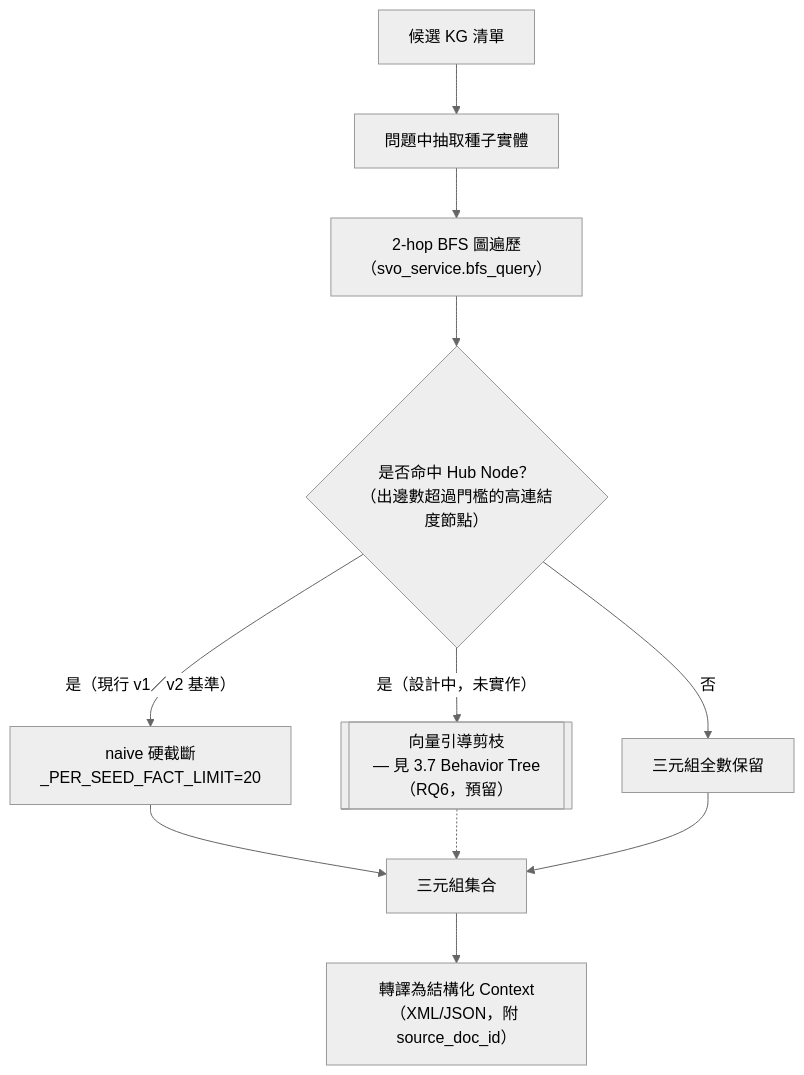
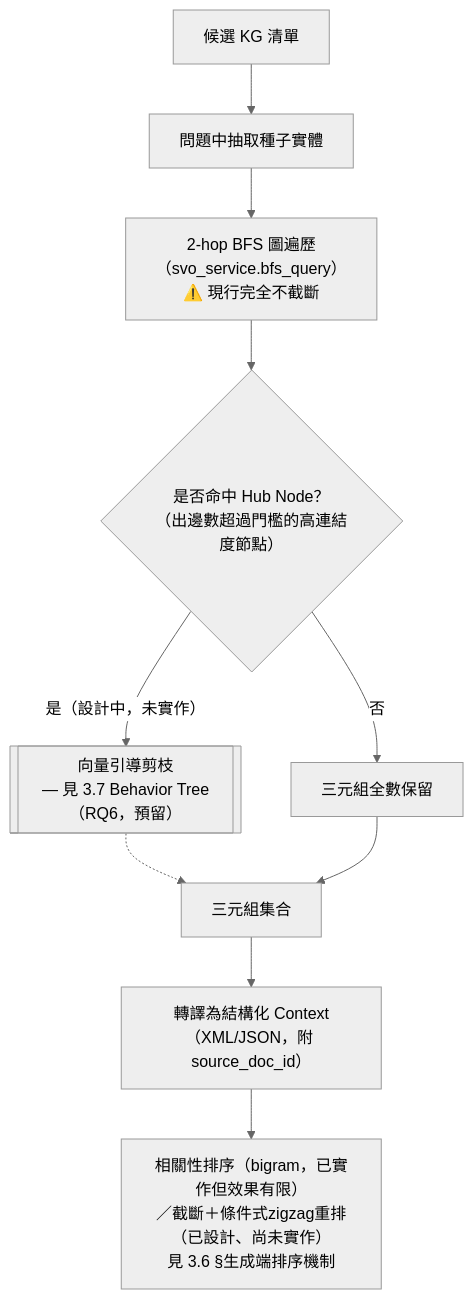
Before and after one commit to Chester930/world-knowledge-graph-rag: diagram 12 of 18 in docs/論文/03_系統設計與方法論.md, drawn with Mermaid (neutral theme). The commit also changed other lines of this file and 3 other files, not shown here.

First line of the commit message:
docs: 修正跨4份文件的一致性錯誤——_PER_SEED_FACT_LIMIT從未存在於程式碼

````diff
--- a/docs/論文/03_系統設計與方法論.md
+++ b/docs/論文/03_系統設計與方法論.md
@@ -722,13 +722,12 @@
 ```mermaid
 flowchart TD
     KGS["候選 KG 清單"] --> SEED["問題中抽取種子實體"]
-    SEED --> BFS2["2-hop BFS 圖遍歷<br/>（svo_service.bfs_query）"]
+    SEED --> BFS2["2-hop BFS 圖遍歷<br/>（svo_service.bfs_query）<br/>⚠️ 現行完全不截斷"]
     BFS2 --> HUB{"是否命中 Hub Node？<br/>（出邊數超過門檻的高連結度節點）"}
-    HUB -->|"是（現行 v1／v2 基準）"| CUT["naive 硬截斷<br/>_PER_SEED_FACT_LIMIT=20"]
     HUB -->|"是（設計中，未實作）"| PRUNE[["向量引導剪枝<br/>— 見 3.7 Behavior Tree（RQ6，預留）"]]
     HUB -->|否| PASS["三元組全數保留"]
-    CUT --> TRIPLES["三元組集合"]
-    PRUNE -.-> TRIPLES
+    PRUNE -.-> TRIPLES["三元組集合"]
     PASS --> TRIPLES
     TRIPLES --> CTX["轉譯為結構化 Context<br/>（XML/JSON，附 source_doc_id）"]
+    CTX --> SORT["相關性排序（bigram，已實作但效果有限）<br/>／截斷＋條件式zigzag重排（已設計、尚未實作）<br/>見 3.6 §生成端排序機制"]
 ```
````
